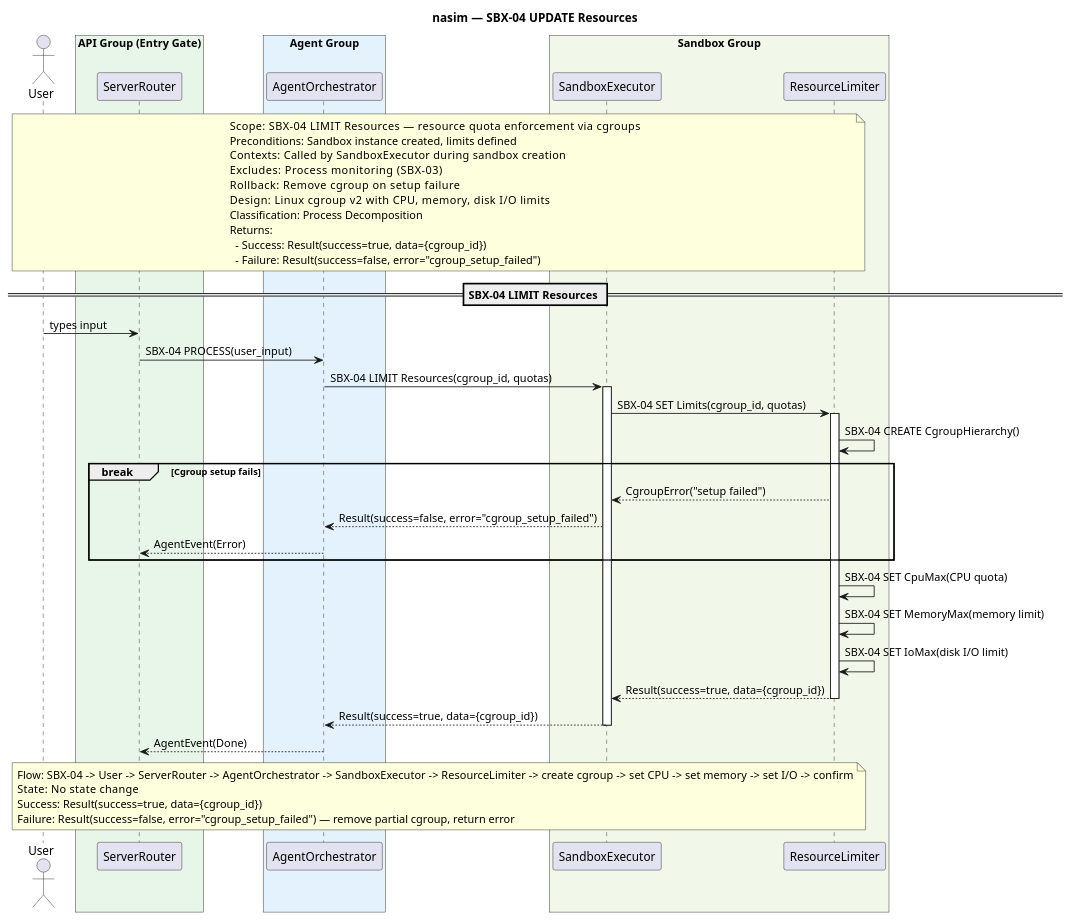
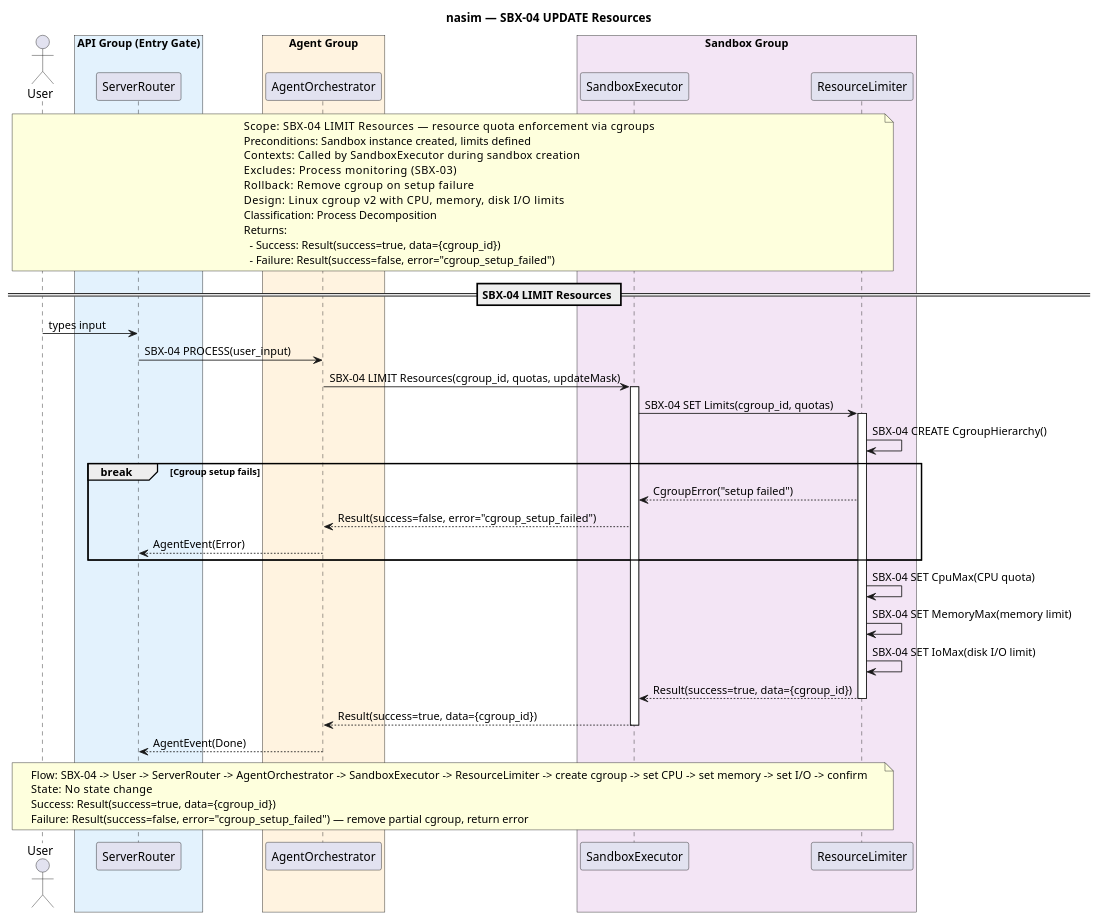
Before and after one commit to salimnamvar/nasim: the diagram in docs/SQ/SBX/sq_sbx04_limit_resources.puml, drawn with PlantUML. The commit also changed 193 other files, not shown here.

First line of the commit message:
docs: Add role prompts and documentation for architectural refinement

```diff
--- a/docs/SQ/SBX/sq_sbx04_limit_resources.puml
+++ b/docs/SQ/SBX/sq_sbx04_limit_resources.puml
@@ -1,78 +1,78 @@
 @startuml sq_sbx04_limit_resources
 ' ============================================================
 ' Title:     SBX-04 — LIMIT Resources
 ' Boundary:  nasim code agent
 ' Purpose:   Enforce CPU, memory, and disk quotas per sandbox instance
 ' Milestone: v1.0
 ' Version:   9.1.0
 ' Source:    CAR refinement loop — API-First transformation
 ' Review:    docs/SQ/README.md
 ' ============================================================
 
 title nasim — SBX-04 UPDATE Resources
 
 actor "User" as user
 
-box "API Group (Entry Gate)" #E8F5E9
+box "API Group (Entry Gate)" #E3F2FD
   participant "ServerRouter" as router
 end box
-box "Agent Group" #E3F2FD
+box "Agent Group" #FFF3E0
   participant "AgentOrchestrator" as agent
 end box
-box "Sandbox Group" #F1F8E9
+box "Sandbox Group" #F3E5F5
   participant "SandboxExecutor" as executor
   participant "ResourceLimiter" as limiter
 end box
 
 note over user, limiter
   Scope:          SBX-04 LIMIT Resources — resource quota enforcement via cgroups
   Preconditions:  Sandbox instance created, limits defined
   Contexts:       Called by SandboxExecutor during sandbox creation
   Excludes:       Process monitoring (SBX-03)
   Rollback:       Remove cgroup on setup failure
   Design:         Linux cgroup v2 with CPU, memory, disk I/O limits
   Classification: Process Decomposition
   Returns:
     - Success: Result(success=true, data={cgroup_id})
     - Failure: Result(success=false, error="cgroup_setup_failed")
 end note
 
 == SBX-04 LIMIT Resources ==
 
 user -> router : types input
 router -> agent : SBX-04 PROCESS(user_input)
 
-agent -> executor : SBX-04 LIMIT Resources(cgroup_id, quotas)
+agent -> executor : SBX-04 LIMIT Resources(cgroup_id, quotas, updateMask)
 activate executor
 
 executor -> limiter : SBX-04 SET Limits(cgroup_id, quotas)
 activate limiter
 
 limiter -> limiter : SBX-04 CREATE CgroupHierarchy()
 
 break Cgroup setup fails
     limiter --> executor : CgroupError("setup failed")
     executor --> agent : Result(success=false, error="cgroup_setup_failed")
     agent --> router : AgentEvent(Error)
 end
 
 limiter -> limiter : SBX-04 SET CpuMax(CPU quota)
 limiter -> limiter : SBX-04 SET MemoryMax(memory limit)
 limiter -> limiter : SBX-04 SET IoMax(disk I/O limit)
 
 limiter --> executor : Result(success=true, data={cgroup_id})
 deactivate limiter
 
 executor --> agent : Result(success=true, data={cgroup_id})
 deactivate executor
 
 agent --> router : AgentEvent(Done)
 
 note over user, limiter
   Flow:    SBX-04 -> User -> ServerRouter -> AgentOrchestrator -> SandboxExecutor -> ResourceLimiter -> create cgroup -> set CPU -> set memory -> set I/O -> confirm
   State:   No state change
   Success: Result(success=true, data={cgroup_id})
   Failure: Result(success=false, error="cgroup_setup_failed") — remove partial cgroup, return error
 end note
 
 @enduml
```
